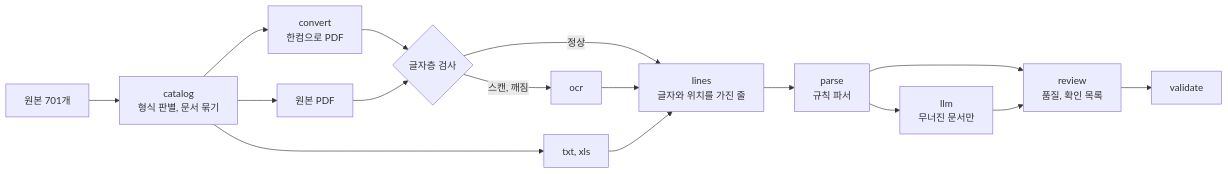
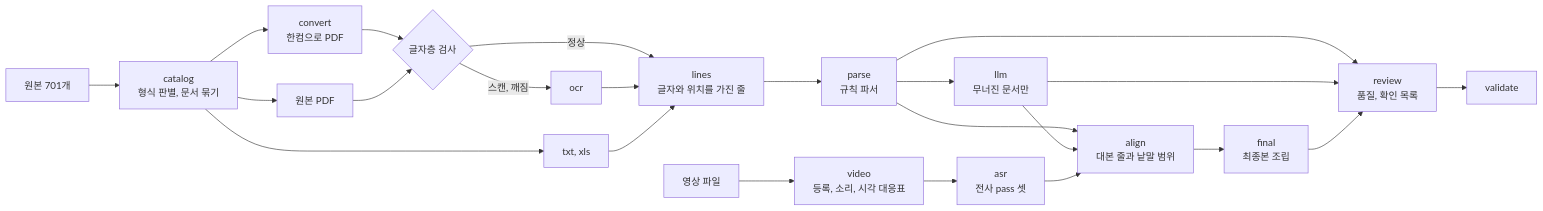
The first of 2 diagrams in OVERVIEW.md (jonghyun02/KU_soft_team5), drawn with Mermaid before and after one commit. The commit also changed other lines of this file and 11 other files, not shown here.

````diff
--- a/OVERVIEW.md
+++ b/OVERVIEW.md
@@ -78,18 +84,25 @@
 ```mermaid
 flowchart LR
   RAW["원본 701개"] --> CAT["catalog<br>형식 판별, 문서 묶기"]
   CAT --> CONV["convert<br>한컴으로 PDF"]
   CAT --> PDF["원본 PDF"]
   CAT --> TXT["txt, xls"]
   CONV --> TL{"글자층 검사"}
   PDF --> TL
   TL -- "정상" --> LINES["lines<br>글자와 위치를 가진 줄"]
   TL -- "스캔, 깨짐" --> OCR["ocr"]
   OCR --> LINES
   TXT --> LINES
   LINES --> PARSE["parse<br>규칙 파서"]
   PARSE --> LLM["llm<br>무너진 문서만"]
+  VID["영상 파일"] --> VIDEO["video<br>등록, 소리, 시각 대응표"]
+  VIDEO --> ASR["asr<br>전사 pass 셋"]
+  PARSE --> ALIGN["align<br>대본 줄과 낱말 범위"]
+  LLM --> ALIGN
+  ASR --> ALIGN
+  ALIGN --> FINAL["final<br>최종본 조립"]
   PARSE --> REVIEW["review<br>품질, 확인 목록"]
   LLM --> REVIEW
+  FINAL --> REVIEW
   REVIEW --> VAL["validate"]
 ```
````
